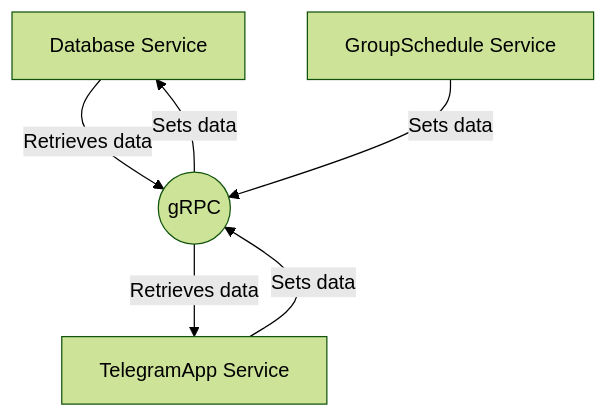
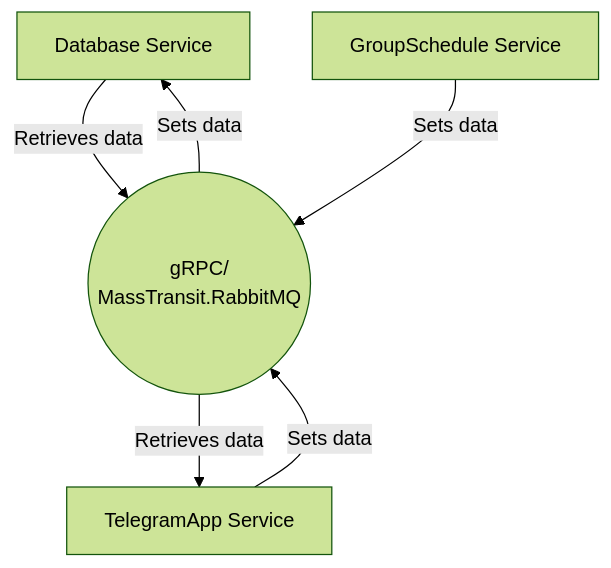
Before and after one commit to TheActualTwinkle/LOR: the diagram in README.md, drawn with Mermaid (forest theme). The commit also changed other lines of this file and 1 other file, not shown here.

````diff
--- a/README.md
+++ b/README.md
@@ -6,8 +10,9 @@
 ```mermaid
 flowchart TD;
-    A[Database Service] -->|Retrieves data| B((gRPC));
+    A[Database Service] -->|Retrieves data| B((gRPC/
+    MassTransit.RabbitMQ));
     B -->|Retrieves data| D[TelegramApp Service];
     D -->|Sets data| B;
     C[GroupSchedule Service] -->|Sets data| B;
     B --> |Sets data| A
 ```
````
